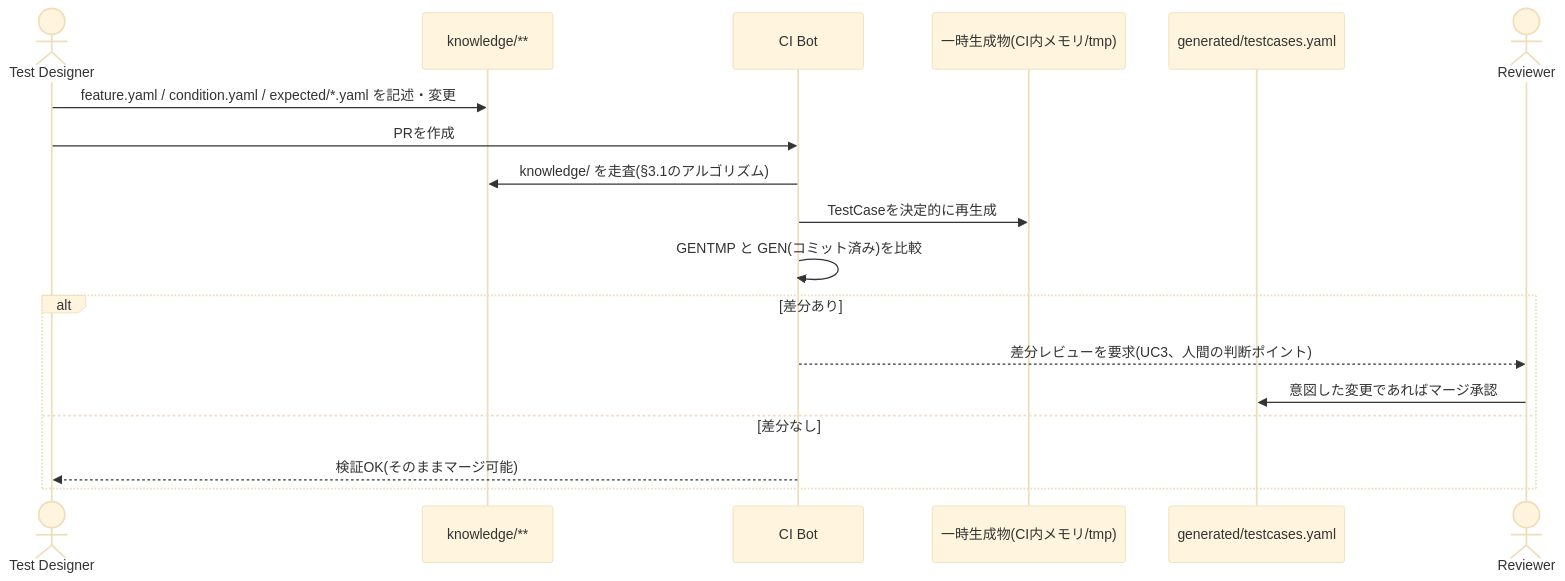
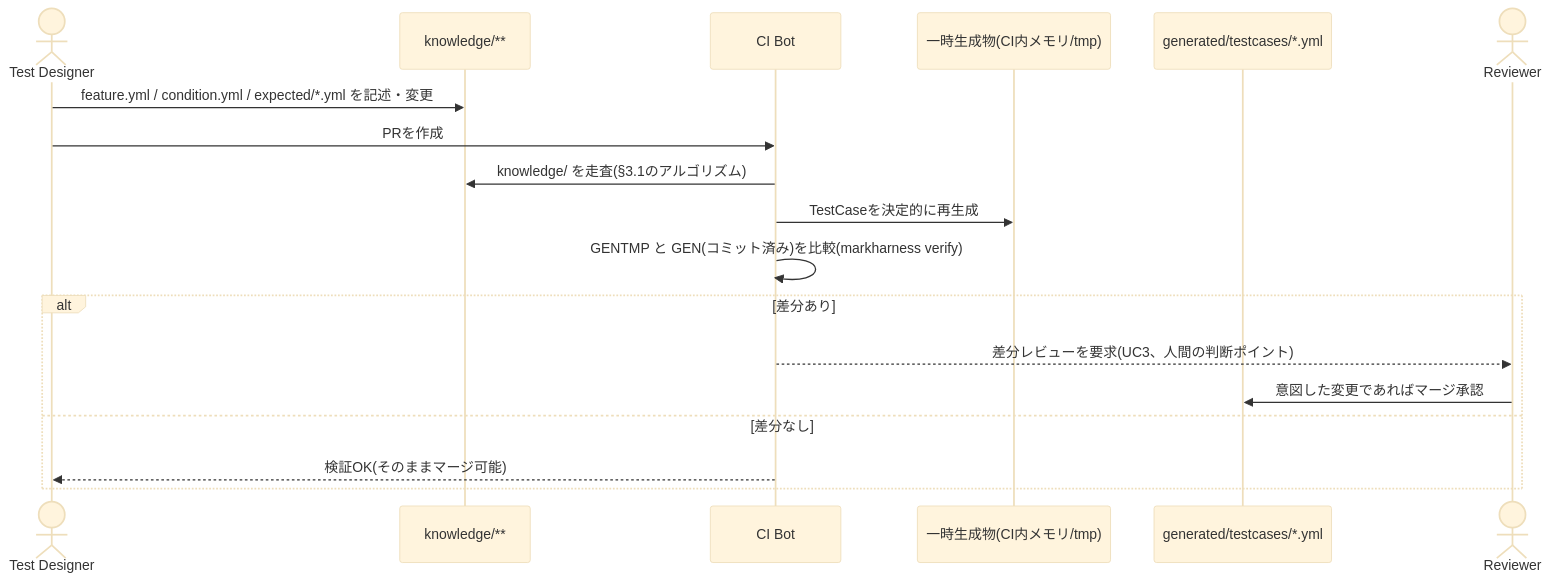
One commit to markharness/markharness changed the diagram in docs/testcase-generation-design.md. Above: the diagram before and after it, drawn with Mermaid (base theme). The commit also changed other lines of this file and 2 other files, not shown here.

````diff
--- a/docs/testcase-generation-design.md
+++ b/docs/testcase-generation-design.md
@@ -131,23 +147,23 @@
 ```mermaid
 sequenceDiagram
     actor TD as Test Designer
     participant KN as knowledge/**
     participant CI as CI Bot
     participant GENTMP as 一時生成物(CI内メモリ/tmp)
-    participant GEN as generated/testcases.yaml
+    participant GEN as generated/testcases/*.yml
     actor RV as Reviewer
 
-    TD->>KN: feature.yaml / condition.yaml / expected/*.yaml を記述・変更
+    TD->>KN: feature.yml / condition.yml / expected/*.yml を記述・変更
     TD->>CI: PRを作成
 
     CI->>KN: knowledge/ を走査(§3.1のアルゴリズム)
     CI->>GENTMP: TestCaseを決定的に再生成
-    CI->>CI: GENTMP と GEN(コミット済み)を比較
+    CI->>CI: GENTMP と GEN(コミット済み)を比較(markharness verify)
 
     alt 差分あり
         CI-->>RV: 差分レビューを要求(UC3、人間の判断ポイント)
         RV->>GEN: 意図した変更であればマージ承認
     else 差分なし
         CI-->>TD: 検証OK(そのままマージ可能)
     end
 ```
````
